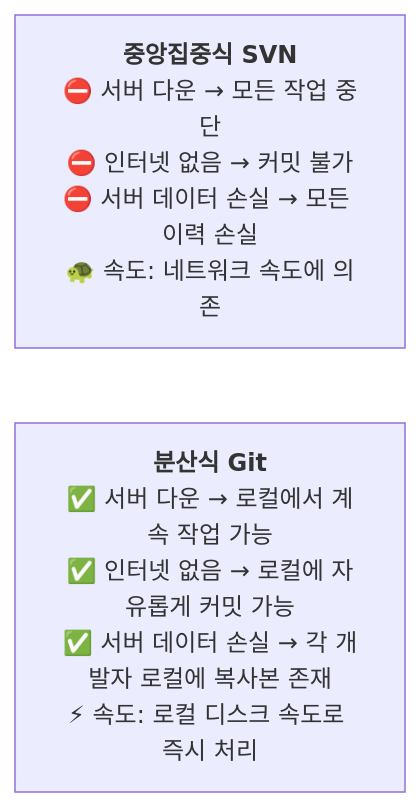
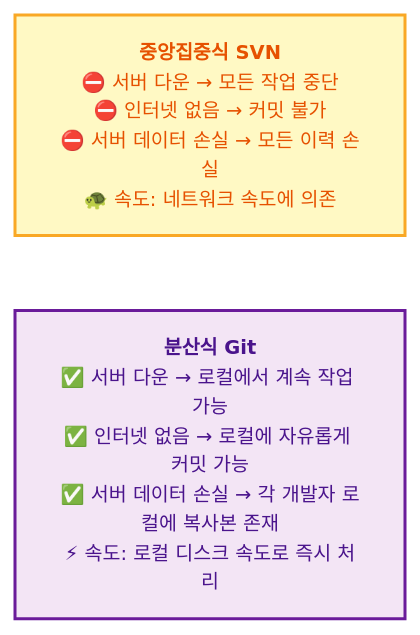
One commit to jingu279/Document changed the fifth of 5 diagrams in git/01_서론/01_Git이란.md. Above: the diagram before and after it, drawn with Mermaid. The commit also changed other lines of this file and 24 other files, not shown here.

First line of the commit message:
Git 문서 전체 Mermaid 다이어그램 스타일링 통일

````diff
--- a/git/01_서론/01_Git이란.md
+++ b/git/01_서론/01_Git이란.md
@@ -156,5 +197,14 @@
 ```mermaid
+%%{init: {'theme': 'base', 'themeVariables': {'fontSize': '13px'}}}%%
 flowchart LR
   Centralized["<b>중앙집중식 SVN</b><br/>⛔ 서버 다운 → 모든 작업 중단<br/>⛔ 인터넷 없음 → 커밋 불가<br/>⛔ 서버 데이터 손실 → 모든 이력 손실<br/>🐢 속도: 네트워크 속도에 의존"]
   Distributed["<b>분산식 Git</b><br/>✅ 서버 다운 → 로컬에서 계속 작업 가능<br/>✅ 인터넷 없음 → 로컬에 자유롭게 커밋 가능<br/>✅ 서버 데이터 손실 → 각 개발자 로컬에 복사본 존재<br/>⚡ 속도: 로컬 디스크 속도로 즉시 처리"]
+
+  classDef main fill:#fff3e0,stroke:#e65100,stroke-width:2px,color:#bf360c
+  classDef sub fill:#e8f5e9,stroke:#2e7d32,stroke-width:2px,color:#1b5e20
+  classDef proc fill:#e3f2fd,stroke:#1565c0,stroke-width:2px,color:#0d47a1
+  classDef decision fill:#fff9c4,stroke:#f9a825,stroke-width:2px,color:#e65100
+  classDef highlight fill:#f3e5f5,stroke:#6a1b9a,stroke-width:2px,color:#4a148c
+  class Centralized decision
+  class Distributed highlight
 ```
````
